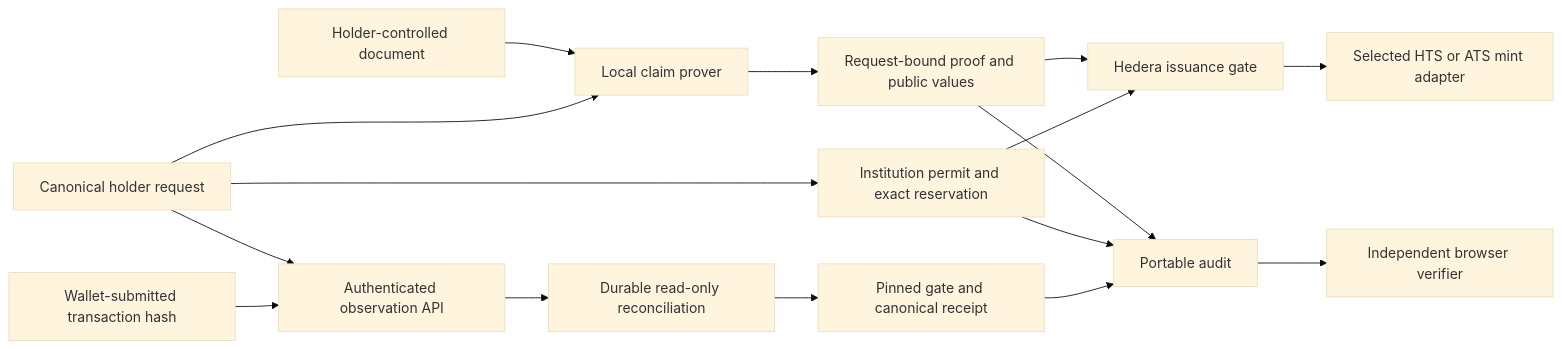
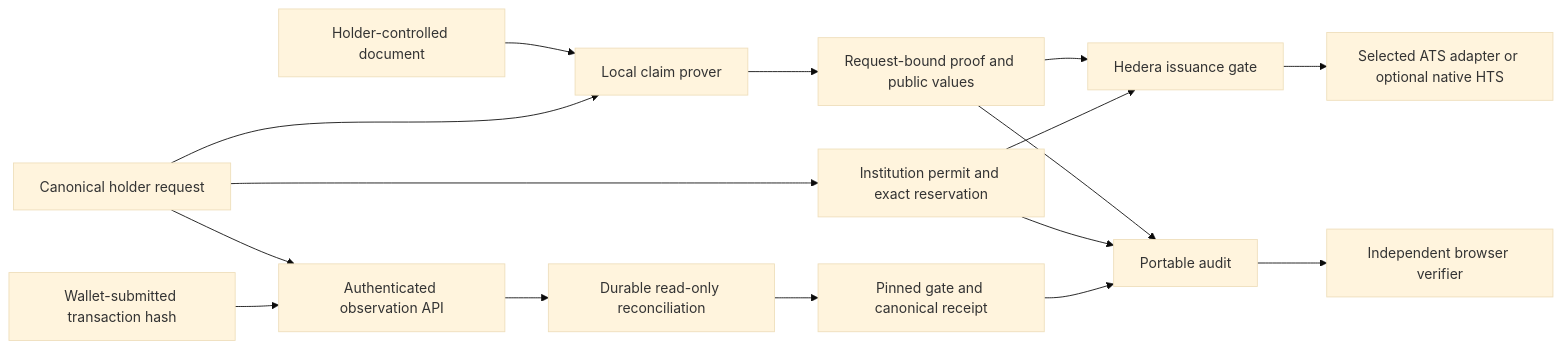
The diagram in README.md (trionlabs/ultratokenizer), drawn with Mermaid (base theme) before and after one commit. The commit also changed other lines of this file and 4 other files, not shown here.

Commit message:
docs(engine): align architecture with verified capabilities

````diff
--- a/README.md
+++ b/README.md
@@ -25,18 +25,18 @@
 ```mermaid
 flowchart LR
   Document[Holder-controlled document] --> Local[Local claim prover]
   Request[Canonical holder request] --> Local
   Local --> Proof[Request-bound proof and public values]
   Request --> Permit[Institution permit and exact reservation]
   Proof --> Gate[Hedera issuance gate]
   Permit --> Gate
-  Gate --> Token[Selected HTS or ATS mint adapter]
+  Gate --> Token[Selected ATS adapter or optional native HTS]
   Request --> API[Authenticated observation API]
   Wallet[Wallet-submitted transaction hash] --> API
   API --> Observer[Durable read-only reconciliation]
   Observer --> Chain[Pinned gate and canonical receipt]
   Proof --> Audit[Portable audit]
   Permit --> Audit
   Chain --> Audit
   Audit --> Browser[Independent browser verifier]
 ```
````
